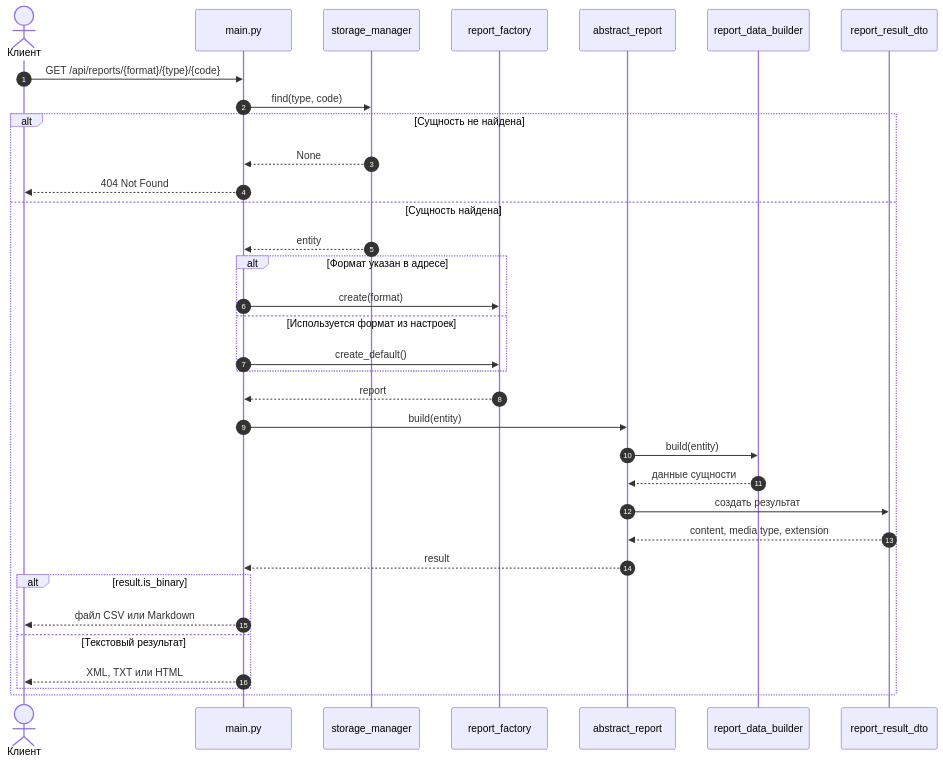
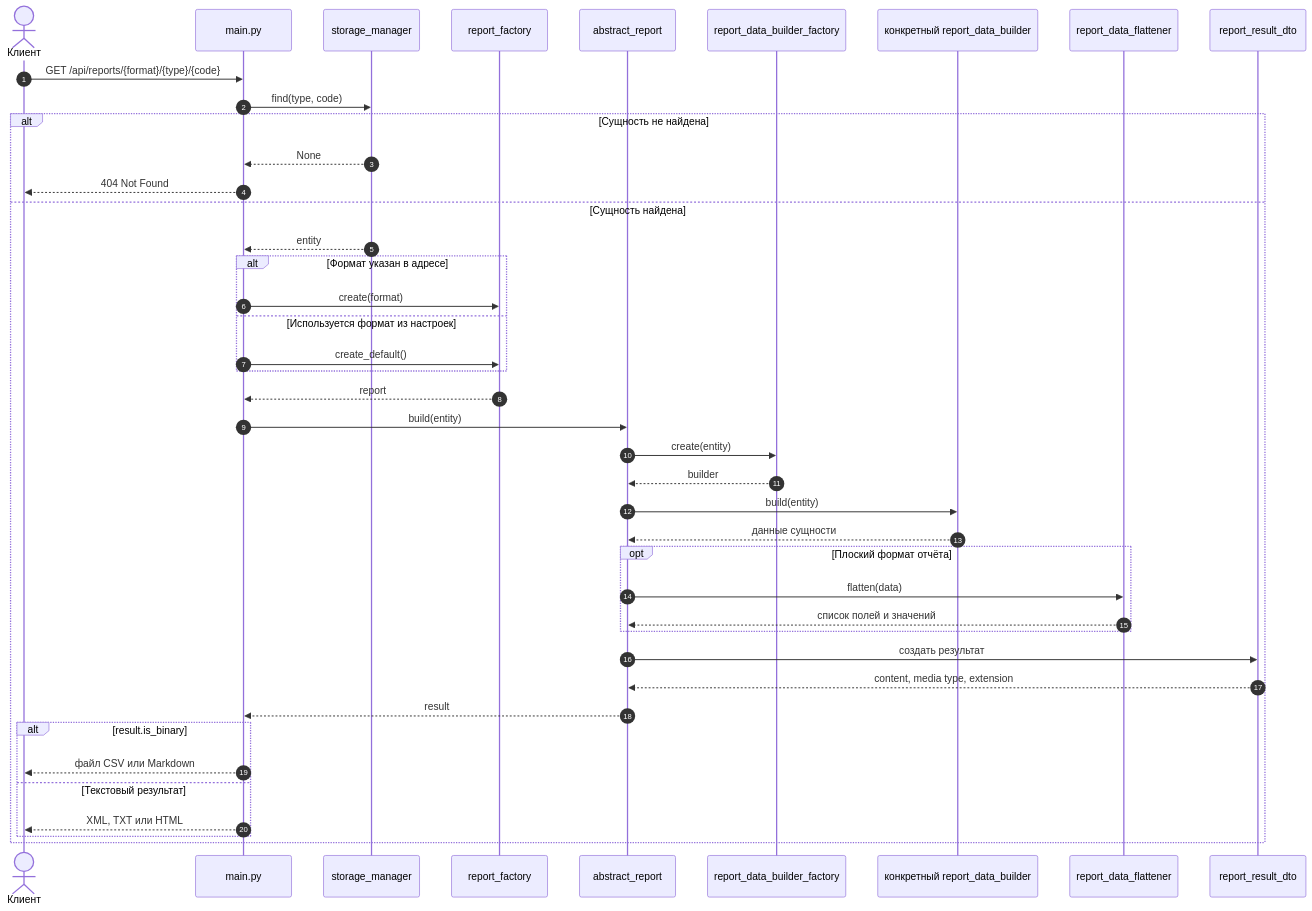
Before and after one commit to NikShep21/patterns2026: the second of 2 diagrams in Docs/UML/Reports.md, drawn with Mermaid. The commit also changed other lines of this file and 12 other files, not shown here.

Commit message:
split report data builders by entity

````diff
--- a/Docs/UML/Reports.md
+++ b/Docs/UML/Reports.md
@@ -118,41 +149,49 @@
 ```mermaid
 sequenceDiagram
     autonumber
     actor Client as Клиент
     participant API as main.py
     participant Storage as storage_manager
     participant Factory as report_factory
     participant Report as abstract_report
-    participant Builder as report_data_builder
+    participant BuilderFactory as report_data_builder_factory
+    participant Builder as конкретный report_data_builder
+    participant Flattener as report_data_flattener
     participant Result as report_result_dto
 
     Client->>API: GET /api/reports/{format}/{type}/{code}
     API->>Storage: find(type, code)
 
     alt Сущность не найдена
         Storage-->>API: None
         API-->>Client: 404 Not Found
     else Сущность найдена
         Storage-->>API: entity
 
         alt Формат указан в адресе
             API->>Factory: create(format)
         else Используется формат из настроек
             API->>Factory: create_default()
         end
 
         Factory-->>API: report
         API->>Report: build(entity)
+        Report->>BuilderFactory: create(entity)
+        BuilderFactory-->>Report: builder
         Report->>Builder: build(entity)
         Builder-->>Report: данные сущности
+        opt Плоский формат отчёта
+            Report->>Flattener: flatten(data)
+            Flattener-->>Report: список полей и значений
+        end
         Report->>Result: создать результат
         Result-->>Report: content, media type, extension
         Report-->>API: result
 
         alt result.is_binary
             API-->>Client: файл CSV или Markdown
         else Текстовый результат
             API-->>Client: XML, TXT или HTML
         end
     end
 ```
````
